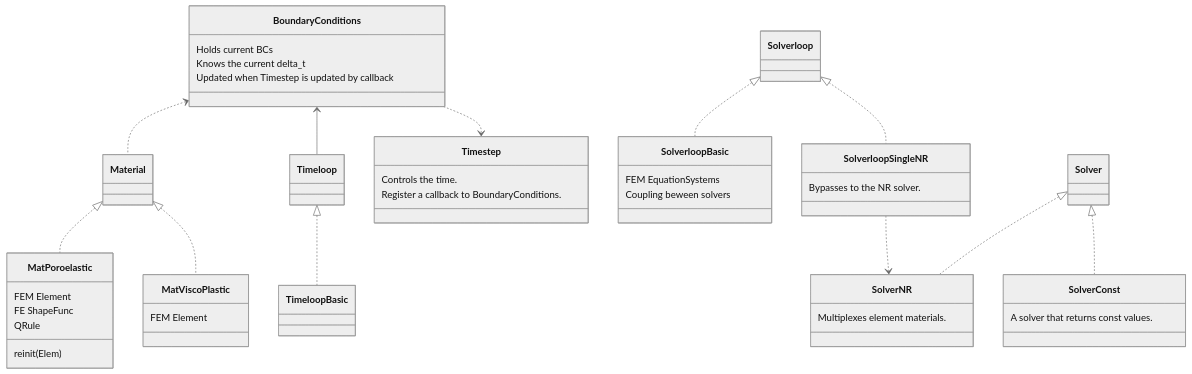
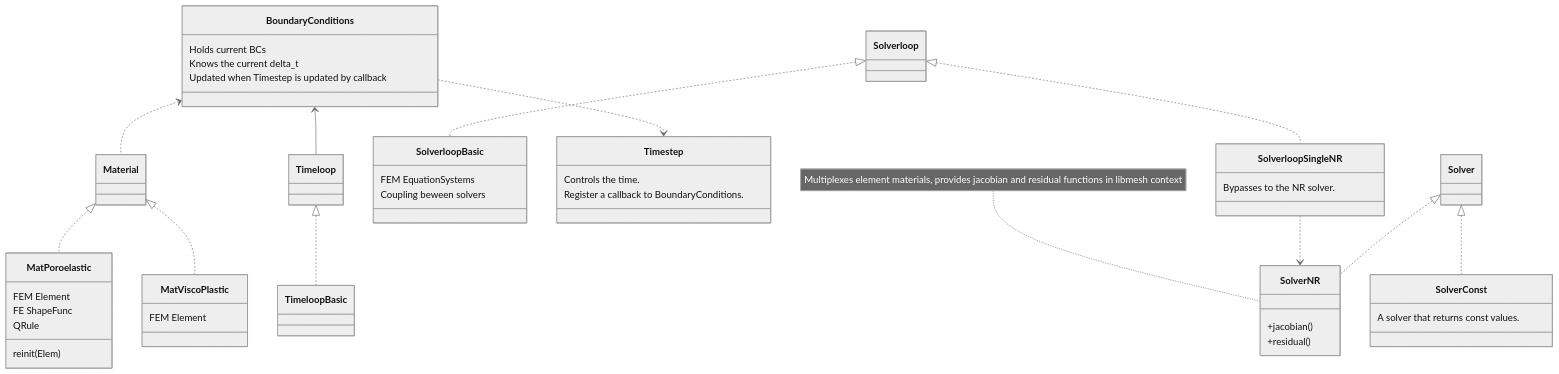
The second of 2 diagrams in doc/Description.md (rebpoli/harpy), drawn with Mermaid (neutral theme) before and after one commit.

````diff
--- a/doc/Description.md
+++ b/doc/Description.md
@@ -78,62 +76,66 @@
 ```mermaid
 classDiagram
     BoundaryConditions <.. Material
     BoundaryConditions <-- Timeloop
 
     Solverloop <|.. SolverloopBasic
 
     class SolverConst { A solver that returns const values.  }
 
     class Timestep {
         Controls the time.
         Register a callback to BoundaryConditions.
     }
     class BoundaryConditions { 
         Holds current BCs
         Knows the current delta_t
         Updated when Timestep is updated by callback
     }
     BoundaryConditions ..> Timestep
 
 %% Implementations
     class SolverloopBasic {
         FEM EquationSystems
         Coupling beween solvers
     }
 
     class MatViscoPlastic { FEM Element }
 
     class MatPoroelastic {
         FEM Element 
         FE ShapeFunc
         QRule
         reinit(Elem)
     }
 
     class SolverloopSingleNR { Bypasses to the NR solver. } 
-    class SolverNR { Multiplexes element materials. }
+    class SolverNR { 
+        +jacobian()
+        +residual()
+        }
+        note for SolverNR "Multiplexes element materials, provides jacobian and residual functions in libmesh context"
 
 %% Dependencies
 
     SolverloopSingleNR ..> SolverNR
 
 %% Interfaces << implementations
     Timeloop <|.. TimeloopBasic
     Material <|.. MatPoroelastic
     Material <|.. MatViscoPlastic
     Solverloop <|.. SolverloopSingleNR
     Solver <|.. SolverNR
     Solver <|.. SolverConst
 
 
 %%
 %% classA <|-- classB    // Inheritance (B inherits from A)
 %% classA <|.. classB    // Implementation (B implements A)
 %% classA *-- classB     // Composition (B is part of A)
 %% classA o-- classB     // Aggregation (B is used by A)
 %% classA --> classB     // Association (A references B)
 %% classA ..> classB     // Dependency (A depends on B)
 %% classA ..|> classB    // Realization (B realizes A)
 %% classA <--> classB    // Bidirectional association
 
 ```
````
